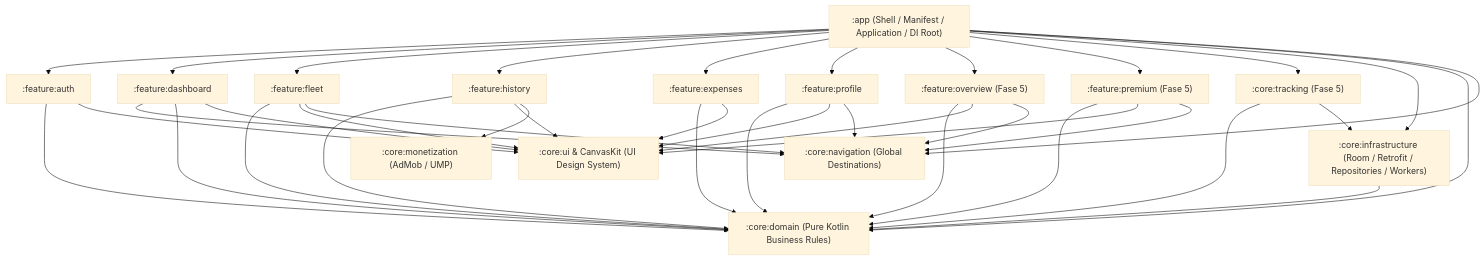
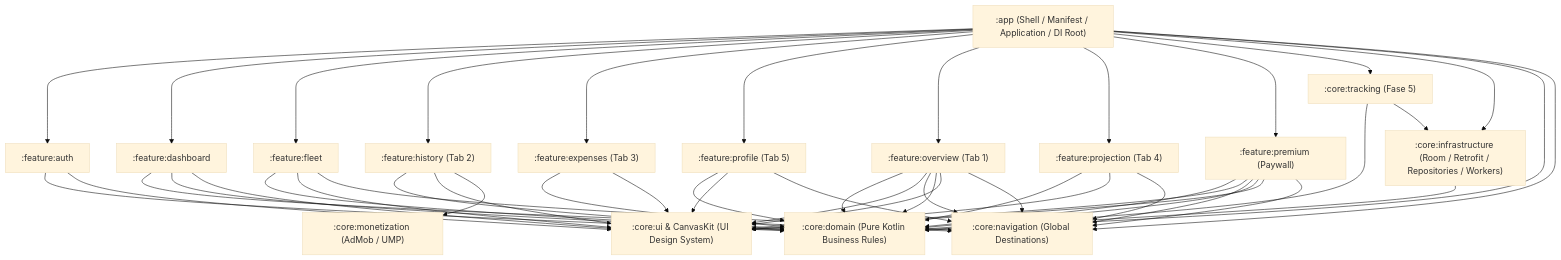
The second of 2 diagrams in docs/modularization_plan.md (joshluq/kilomenos-android), drawn with Mermaid (base theme) before and after one commit. The commit also changed other lines of this file and 48 other files, not shown here.

Commit message:
Extract premium and trip projection logic into dedicated `:feature:premium` and `:feature:projection` modules, and convert `:core:domain` to a pure Kotlin/JVM module.

````diff
--- a/docs/modularization_plan.md
+++ b/docs/modularization_plan.md
@@ -148,67 +159,81 @@
 ```mermaid
 graph TD
     App[":app (Shell / Manifest / Application / DI Root)"]
     Domain[":core:domain (Pure Kotlin Business Rules)"]
     Infra[":core:infrastructure (Room / Retrofit / Repositories / Workers)"]
     Nav[":core:navigation (Global Destinations)"]
     DesignSystem[":core:ui & CanvasKit (UI Design System)"]
     Monetization[":core:monetization (AdMob / UMP)"]
 
     FeatureAuth[":feature:auth"]
     FeatureDashboard[":feature:dashboard"]
     FeatureFleet[":feature:fleet"]
-    FeatureHistory[":feature:history"]
-    FeatureExpenses[":feature:expenses"]
-    FeatureProfile[":feature:profile"]
-    FeatureOverview[":feature:overview (Fase 5)"]
-    FeaturePremium[":feature:premium (Fase 5)"]
+    FeatureHistory[":feature:history (Tab 2)"]
+    FeatureExpenses[":feature:expenses (Tab 3)"]
+    FeatureProfile[":feature:profile (Tab 5)"]
+    FeatureOverview[":feature:overview (Tab 1)"]
+    FeatureProjection[":feature:projection (Tab 4)"]
+    FeaturePremium[":feature:premium (Paywall)"]
     CoreTracking[":core:tracking (Fase 5)"]
 
     App --> FeatureAuth
     App --> FeatureDashboard
     App --> FeatureFleet
     App --> FeatureHistory
     App --> FeatureExpenses
     App --> FeatureProfile
     App --> FeatureOverview
+    App --> FeatureProjection
     App --> FeaturePremium
     App --> CoreTracking
     App --> Infra
     App --> Domain
     App --> Nav
 
     FeatureDashboard --> Nav
     FeatureDashboard --> Domain
     FeatureDashboard --> DesignSystem
+
+    FeatureOverview --> Domain
+    FeatureOverview --> DesignSystem
+    FeatureOverview --> Nav
+
+    FeatureProjection --> Domain
+    FeatureProjection --> DesignSystem
+    FeatureProjection --> Nav
+
+    FeaturePremium --> Domain
+    FeaturePremium --> DesignSystem
+    FeaturePremium --> Nav
 
     FeatureFleet --> Domain
     FeatureFleet --> DesignSystem
     FeatureFleet --> Nav
 
     FeatureAuth --> Domain
     FeatureAuth --> DesignSystem
 
     FeatureExpenses --> Domain
     FeatureExpenses --> DesignSystem
 
     FeatureHistory --> Domain
     FeatureHistory --> DesignSystem
     FeatureHistory --> Monetization
 
     FeatureProfile --> Domain
     FeatureProfile --> DesignSystem
     FeatureProfile --> Nav
 
     FeatureOverview --> Domain
     FeatureOverview --> DesignSystem
     FeatureOverview --> Nav
 
     FeaturePremium --> Domain
     FeaturePremium --> DesignSystem
     FeaturePremium --> Nav
 
     CoreTracking --> Domain
     CoreTracking --> Infra
 
     Infra --> Domain
 ```
````
